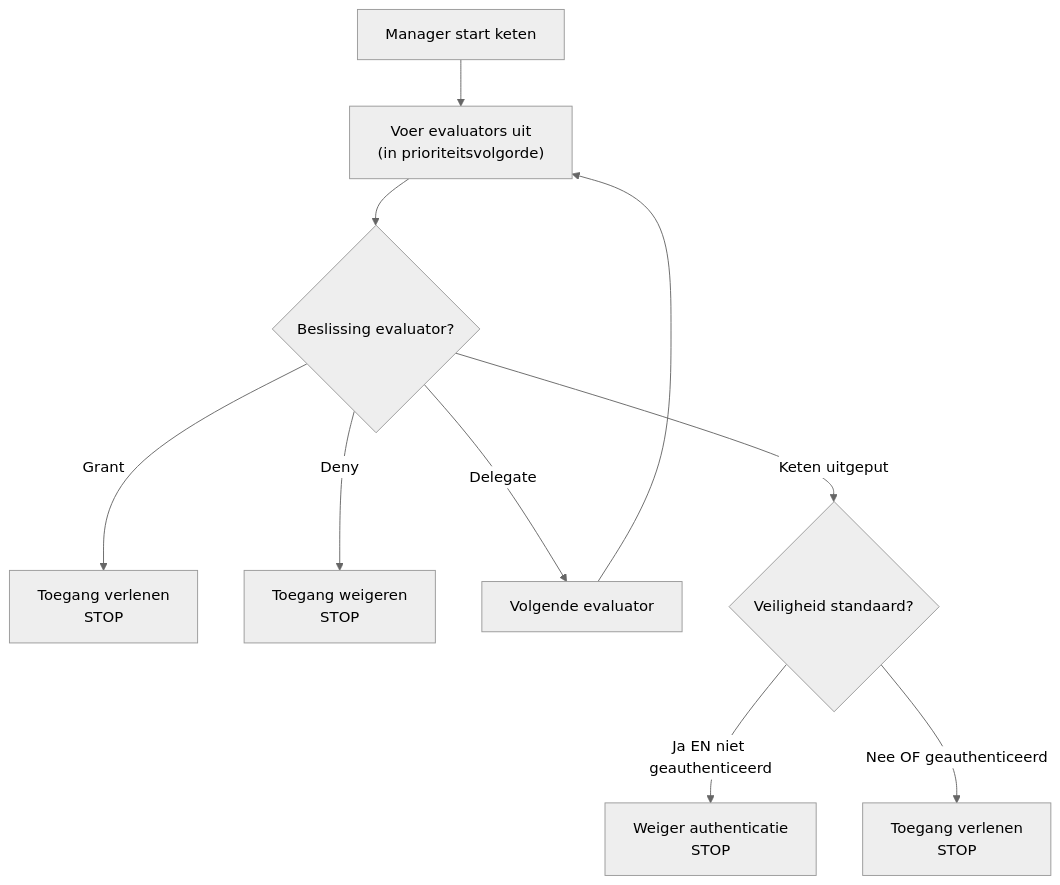
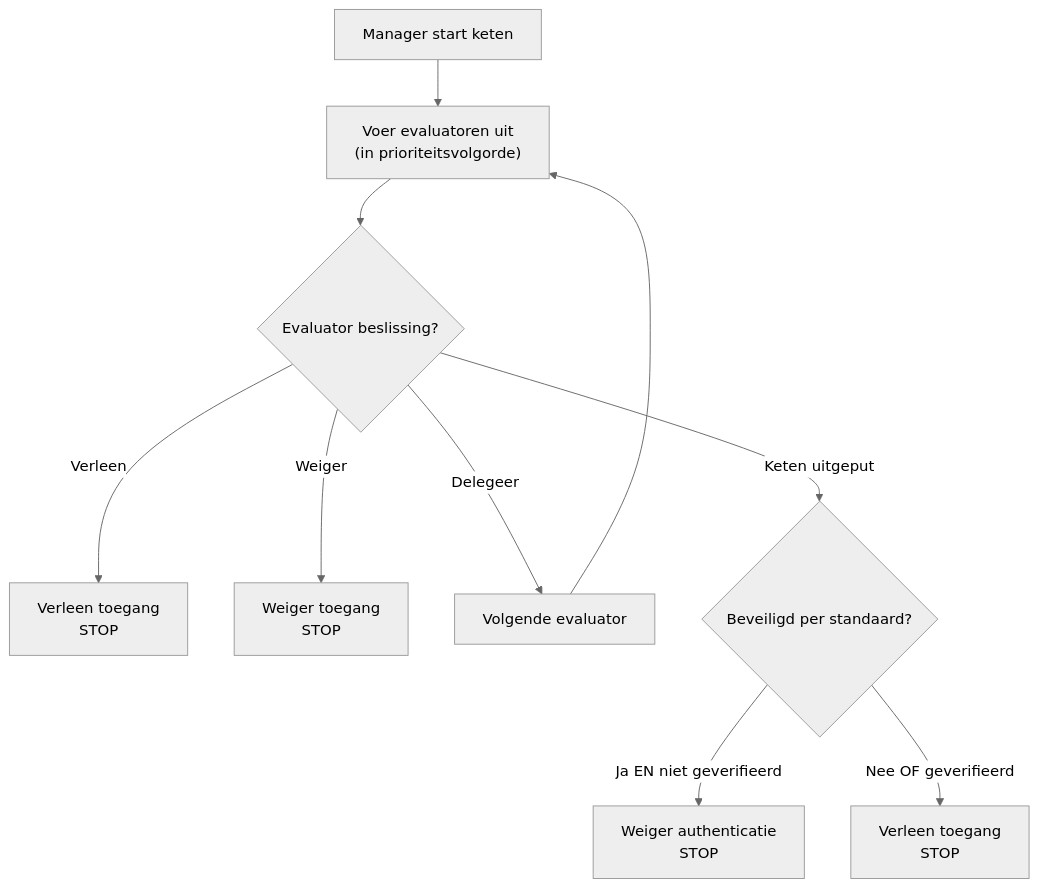
One commit to webforj/webforj-documentation changed the diagram in docs/i18n/nl/docusaurus-plugin-content-docs/current/security/architecture/evaluator-chain.md. Above: the diagram before and after it, drawn with Mermaid (neutral theme). The commit also changed other lines of this file and 389 other files, not shown here.

````diff
--- a/docs/i18n/nl/docusaurus-plugin-content-docs/current/security/architecture/evaluator-chain.md
+++ b/docs/i18n/nl/docusaurus-plugin-content-docs/current/security/architecture/evaluator-chain.md
@@ -45,15 +45,15 @@
 ```mermaid
 flowchart TD
-    Start["Manager start keten"] --> Eval["Voer evaluators uit<br/>(in prioriteitsvolgorde)"]
+  Start["Manager start keten"] --> Eval["Voer evaluatoren uit<br/>(in prioriteitsvolgorde)"]
 
-    Eval --> Check{"Beslissing evaluator?"}
-    Check -->|Grant| Grant["Toegang verlenen<br/>STOP"]
-    Check -->|Deny| Deny["Toegang weigeren<br/>STOP"]
-    Check -->|Delegate| Next["Volgende evaluator"]
+  Eval --> Check{"Evaluator beslissing?"}
+  Check -->|Verleen| Grant["Verleen toegang<br/>STOP"]
+  Check -->|Weiger| Deny["Weiger toegang<br/>STOP"]
+  Check -->|Delegeer| Next["Volgende evaluator"]
 
-    Next --> Eval
+  Next --> Eval
 
-    Check -->|Keten uitgeput| Default{"Veiligheid standaard?"}
-    Default -->|Ja EN niet geauthenticeerd| DenyDefault["Weiger authenticatie<br/>STOP"]
-    Default -->|Nee OF geauthenticeerd| GrantDefault["Toegang verlenen<br/>STOP"]
+  Check -->|Keten uitgeput| Default{"Beveiligd per standaard?"}
+  Default -->|Ja EN niet geverifieerd| DenyDefault["Weiger authenticatie<br/>STOP"]
+  Default -->|Nee OF geverifieerd| GrantDefault["Verleen toegang<br/>STOP"]
 ```
````
